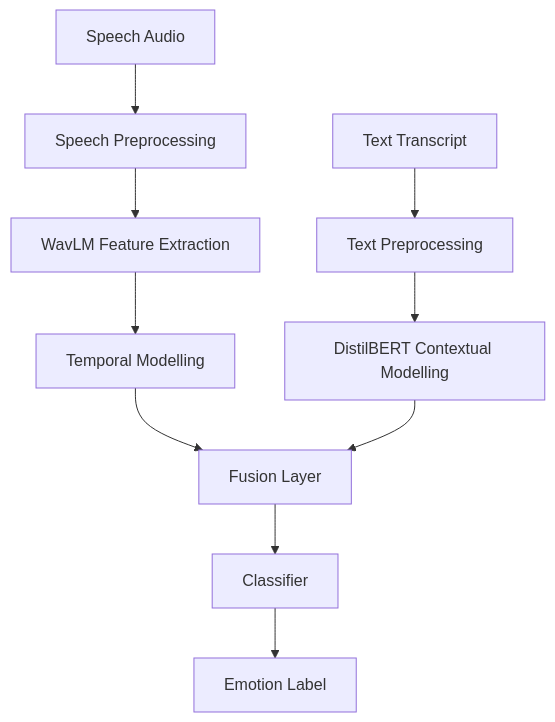
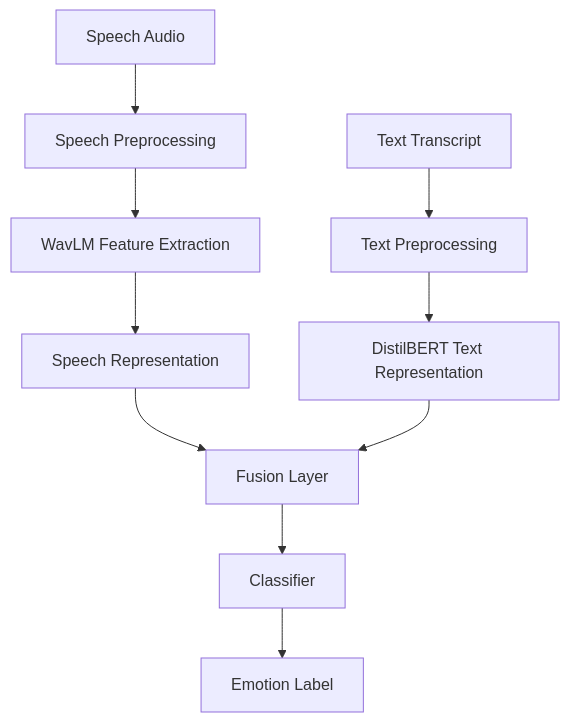
Before and after one commit to savioshaju/Multimodal-Emotion-Recognition: the diagram in README.md, drawn with Mermaid. The commit also changed other lines of this file, not shown here.

````diff
--- a/README.md
+++ b/README.md
@@ -245,14 +78,14 @@
 ```mermaid
 flowchart TD
     A[Speech Audio] --> B[Speech Preprocessing]
     B --> C[WavLM Feature Extraction]
-    C --> D[Temporal Modelling]
+    C --> D[Speech Representation]
     D --> H[Fusion Layer]
 
     E[Text Transcript] --> F[Text Preprocessing]
-    F --> G[DistilBERT Contextual Modelling]
+    F --> G[DistilBERT Text Representation]
     G --> H[Fusion Layer]
 
     H --> I[Classifier]
     I --> J[Emotion Label]
 ```
````
